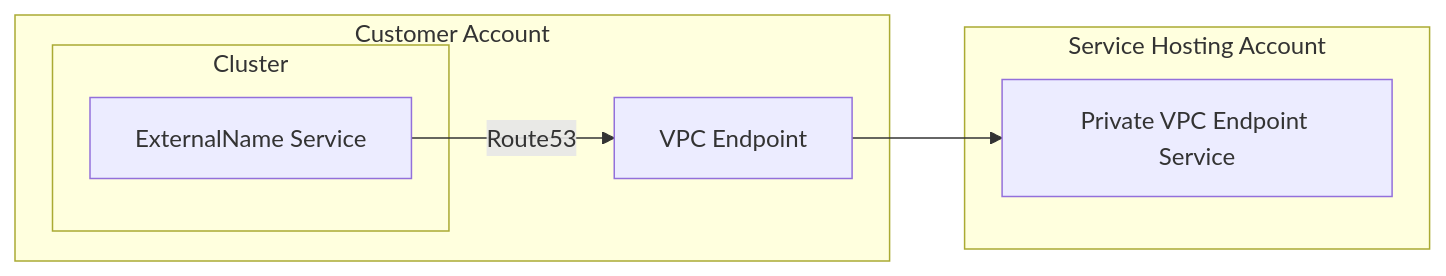
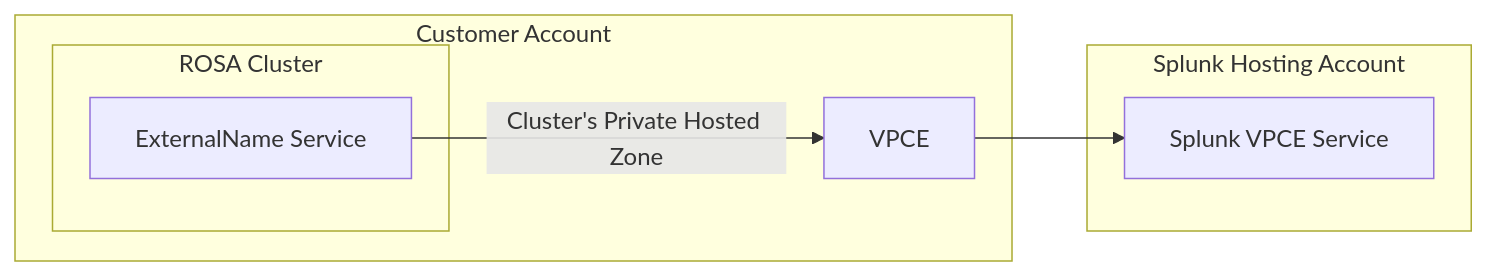
Before and after one commit to openshift/aws-vpce-operator: the diagram in README.md, drawn with Mermaid. The commit also changed 1 other file, not shown here.

Commit message:
Design proposal for improving AVO API flexibility

````diff
--- a/README.md
+++ b/README.md
@@ -11,13 +11,13 @@
 ```mermaid
 graph LR
-  B[VPC Endpoint] --> C
-  subgraph Service Hosting Account
-  C[Private VPC Endpoint Service]
+  B[VPCE] --> C
+  subgraph Splunk Hosting Account
+  C[Splunk VPCE Service]
   end
   subgraph Customer Account
-  subgraph Cluster
+  subgraph ROSA Cluster
   A[ExternalName Service] 
   end
-  A --Route53--> B
+  A --Cluster's Private Hosted Zone--> B
   end
 ```
````
